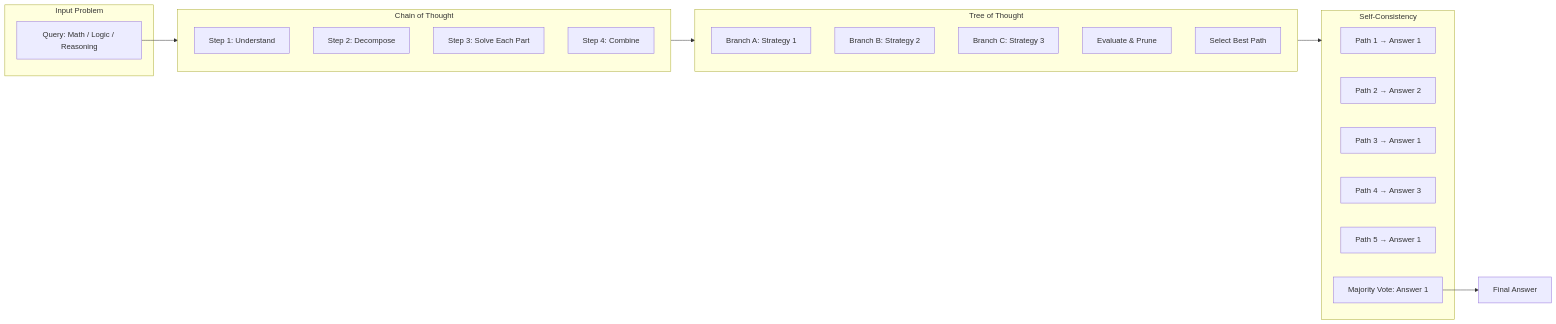
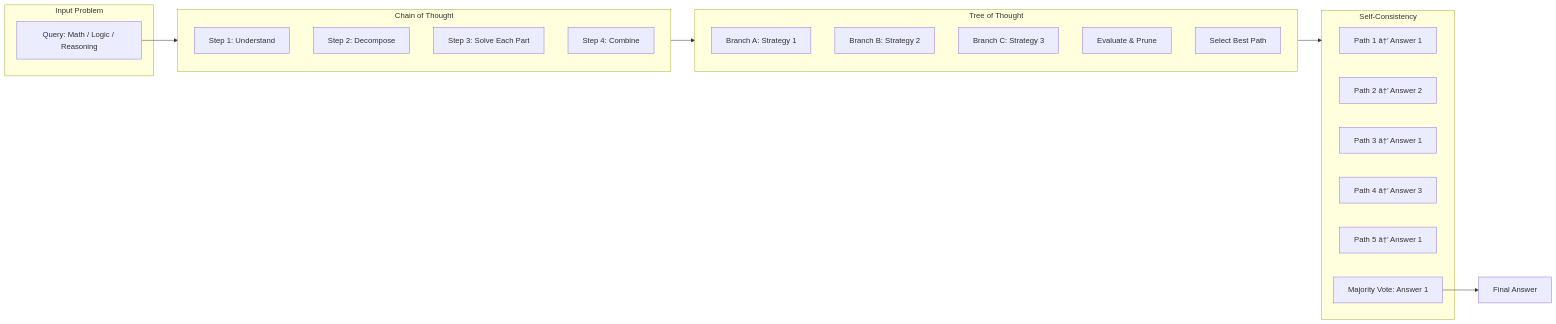
Before and after one commit to Raushan666java/ai-engineering-journey: the second of 3 diagrams in docs/courses/modern-ai-engineering/05-prompt-engineering.md, drawn with Mermaid. The commit also changed other lines of this file and 735 other files, not shown here.

````diff
--- a/docs/courses/modern-ai-engineering/05-prompt-engineering.md
+++ b/docs/courses/modern-ai-engineering/05-prompt-engineering.md
@@ -173,35 +173,35 @@
 ```mermaid
 flowchart LR
     subgraph Input["Input Problem"]
         A[Query: Math / Logic / Reasoning]
     end
     
     subgraph CoT["Chain of Thought"]
         B["Step 1: Understand"]
         C["Step 2: Decompose"]
         D["Step 3: Solve Each Part"]
         E["Step 4: Combine"]
     end
     
     subgraph ToT["Tree of Thought"]
         F["Branch A: Strategy 1"]
         G["Branch B: Strategy 2"]
         H["Branch C: Strategy 3"]
         I["Evaluate & Prune"]
         J["Select Best Path"]
     end
     
     subgraph SelfCons["Self-Consistency"]
-        K["Path 1 → Answer 1"]
-        L["Path 2 → Answer 2"]
-        M["Path 3 → Answer 1"]
-        N["Path 4 → Answer 3"]
-        O["Path 5 → Answer 1"]
+        K["Path 1 â†’ Answer 1"]
+        L["Path 2 â†’ Answer 2"]
+        M["Path 3 â†’ Answer 1"]
+        N["Path 4 â†’ Answer 3"]
+        O["Path 5 â†’ Answer 1"]
         P["Majority Vote: Answer 1"]
     end
     
     A --> CoT
     CoT --> ToT
     ToT --> SelfCons
     P --> Q[Final Answer]
 ```
````
